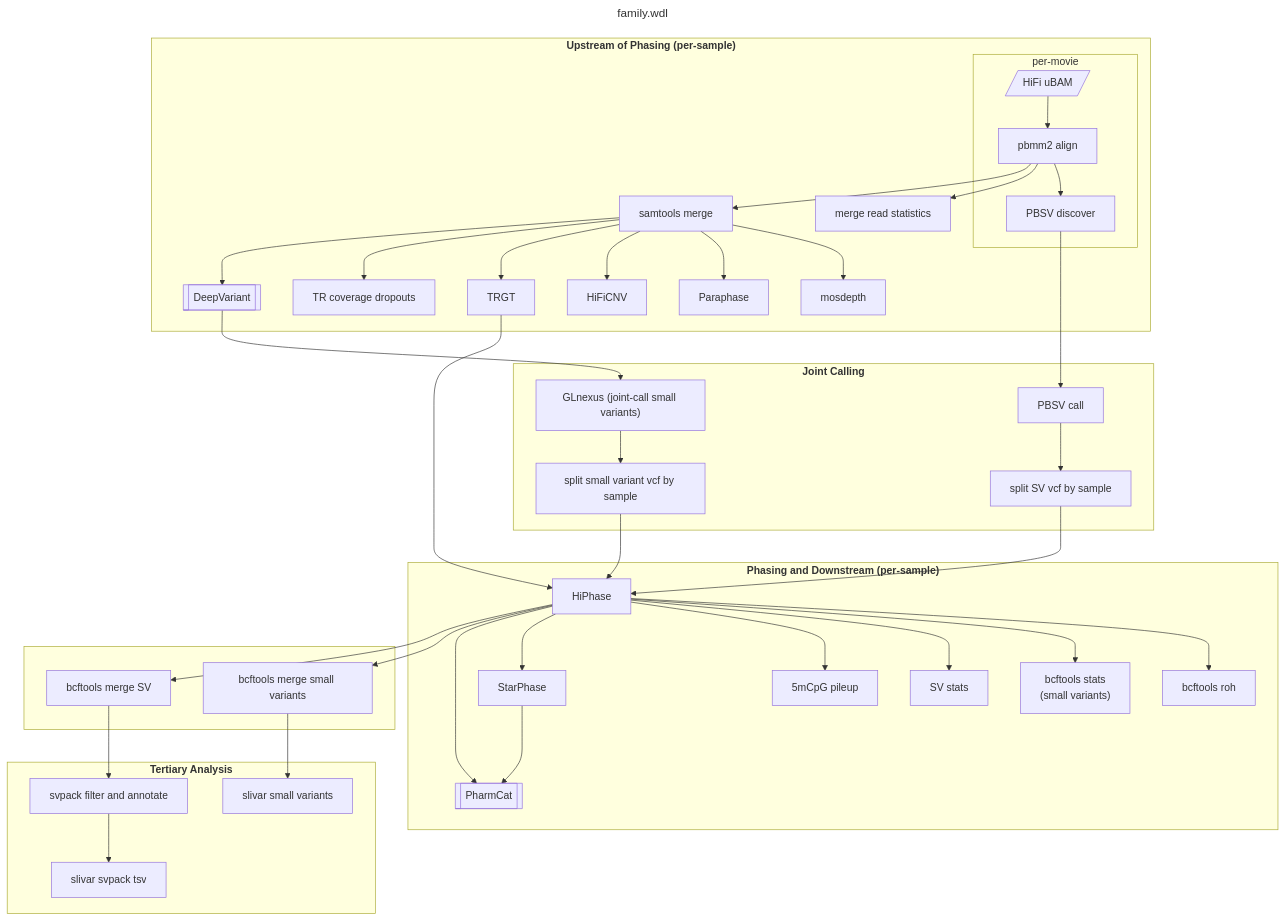
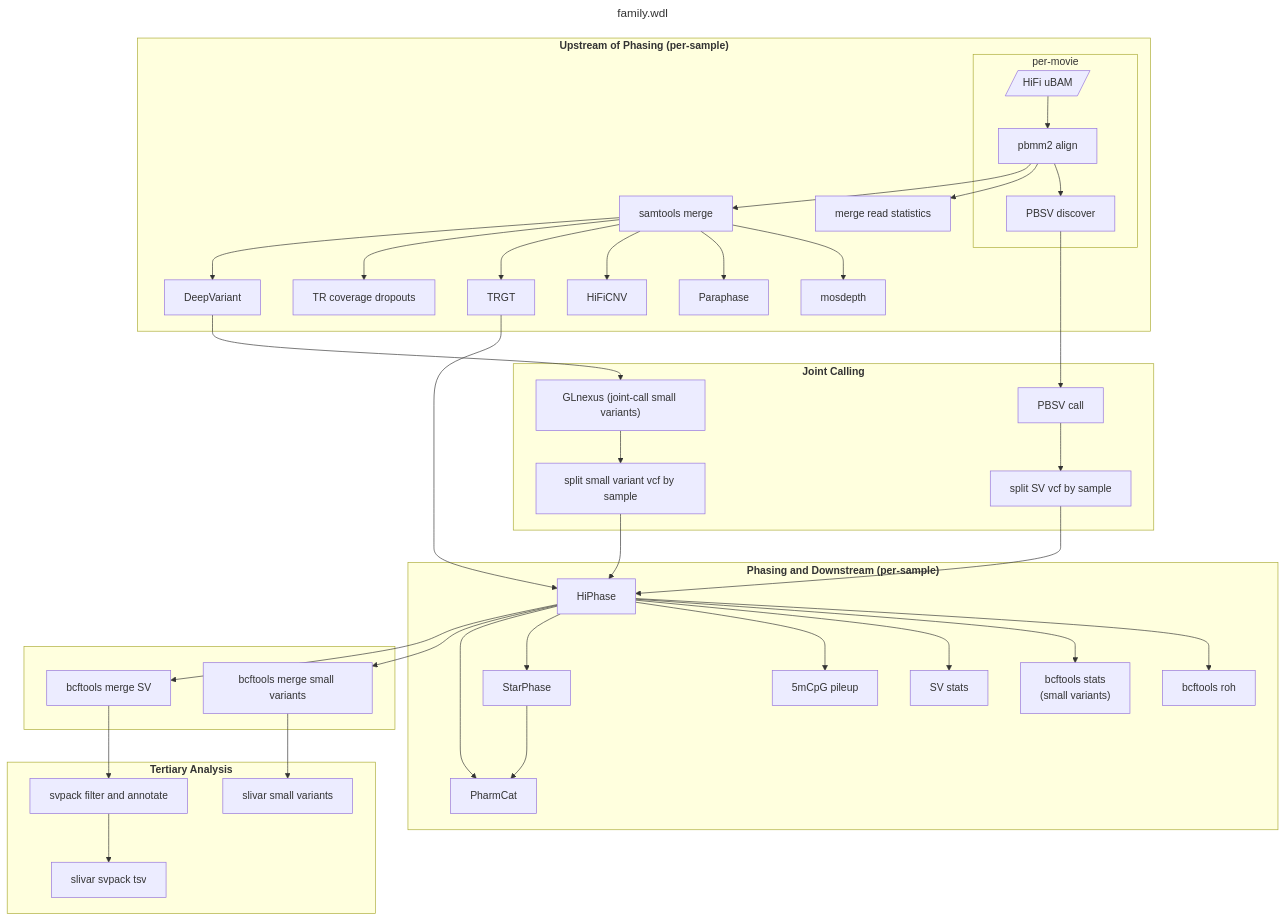
The diagram in docs/family.md (PacificBiosciences/HiFi-human-WGS-WDL), drawn with Mermaid before and after one commit. The commit also changed other lines of this file and 9 other files, not shown here.

````diff
--- a/docs/family.md
+++ b/docs/family.md
@@ -22,49 +22,47 @@
 ```mermaid
 ---
 title: family.wdl
 ---
 flowchart TD
   subgraph "`**Upstream of Phasing (per-sample)**`"
     subgraph "per-movie"
       ubam[/"HiFi uBAM"/] --> pbmm2_align["pbmm2 align"]
       pbmm2_align --> pbsv_discover["PBSV discover"]
     end
     pbmm2_align --> merge_read_stats["merge read statistics"]
     pbmm2_align --> samtools_merge["samtools merge"]
     samtools_merge --> mosdepth["mosdepth"]
     samtools_merge --> paraphase["Paraphase"]
     samtools_merge --> hificnv["HiFiCNV"]
     samtools_merge --> trgt["TRGT"]
     samtools_merge --> trgt_dropouts["TR coverage dropouts"]
-    samtools_merge --> deepvariant[["DeepVariant"]]
-    click deepvariant "./deepvariant.md" "DeepVariant DAG"
+    samtools_merge --> deepvariant["DeepVariant"]
   end
   subgraph "`**Joint Calling**`"
     deepvariant --> glnexus["GLnexus (joint-call small variants)"]
     pbsv_discover --> pbsv_call["PBSV call"]
     glnexus --> split_glnexus["split small variant vcf by sample"]
     pbsv_call --> split_pbsv["split SV vcf by sample"]
   end
   subgraph "`**Phasing and Downstream (per-sample)**`"
     split_glnexus --> hiphase["HiPhase"]
     trgt --> hiphase
     split_pbsv --> hiphase
     hiphase --> bcftools_roh["bcftools roh"]
     hiphase --> bcftools_stats["bcftools stats\n(small variants)"]
     hiphase --> sv_stats["SV stats"]
     hiphase --> cpg_pileup["5mCpG pileup"]
     hiphase --> starphase["StarPhase"]
-    hiphase --> pharmcat[["PharmCat"]]
-    click pharmcat "./pharmcat.md" "PharmCat DAG"
+    hiphase --> pharmcat["PharmCat"]
     starphase --> pharmcat
   end
   subgraph " "
     hiphase --> merge_small_variants["bcftools merge small variants"]
     hiphase --> merge_svs["bcftools merge SV"]
   end
   subgraph "`**Tertiary Analysis**`"
     merge_small_variants --> slivar_small_variants["slivar small variants"]
     merge_svs --> svpack["svpack filter and annotate"]
     svpack --> slivar_svpack["slivar svpack tsv"]
   end
 ```
````
